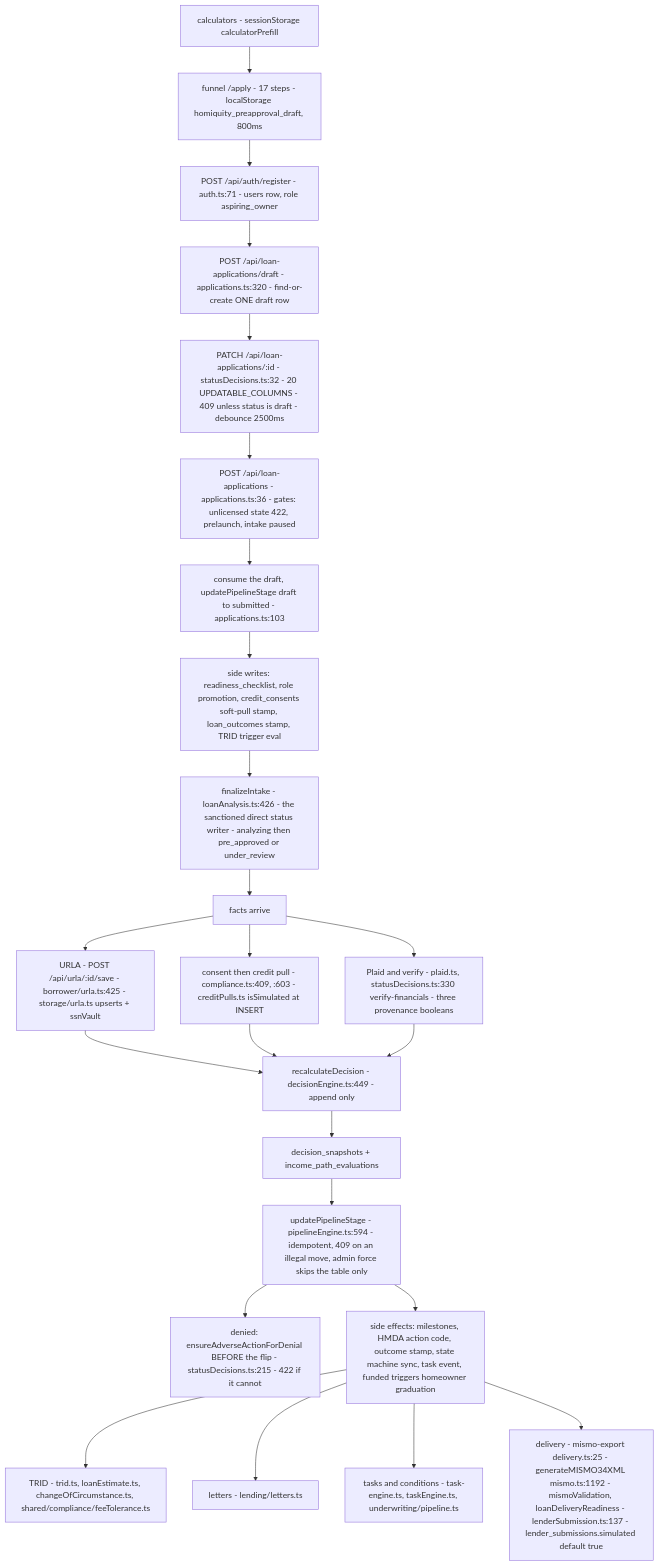
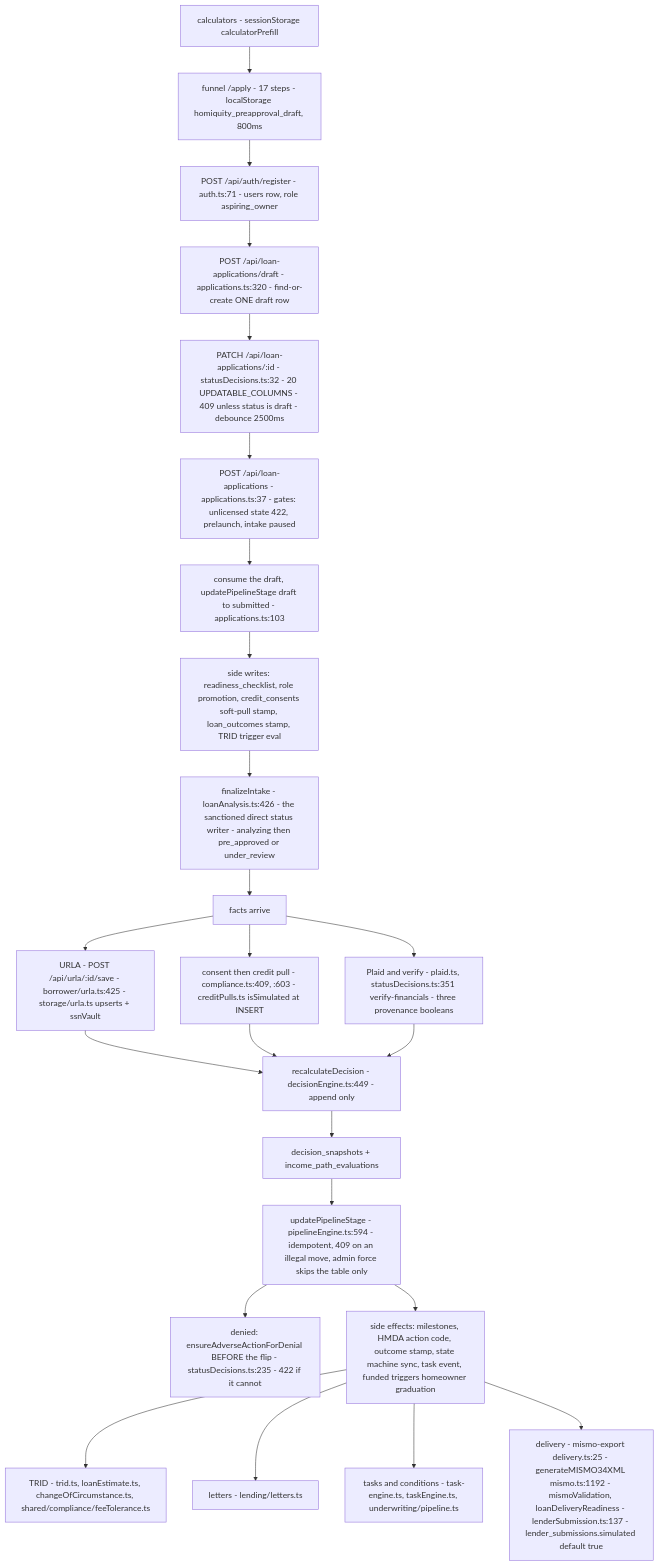
Before and after one commit to barakatammre84/Homiquity: the diagram in knowledge-base/handoff/04-data-flow-loan-journey.md, drawn with Mermaid. The commit also changed other lines of this file and 1 other file, not shown here.

First line of the commit message:
docs(handoff): verify chapters 04-06+11 @ 6377727e — absorb #667's line shifts in ch 04/05

````diff
--- a/knowledge-base/handoff/04-data-flow-loan-journey.md
+++ b/knowledge-base/handoff/04-data-flow-loan-journey.md
@@ -36,26 +36,26 @@
 ```mermaid
 flowchart TD
   A["calculators - sessionStorage calculatorPrefill"] --> B["funnel /apply - 17 steps - localStorage homiquity_preapproval_draft, 800ms"]
   B --> C["POST /api/auth/register - auth.ts:71 - users row, role aspiring_owner"]
   C --> D["POST /api/loan-applications/draft - applications.ts:320 - find-or-create ONE draft row"]
   D --> E["PATCH /api/loan-applications/:id - statusDecisions.ts:32 - 20 UPDATABLE_COLUMNS - 409 unless status is draft - debounce 2500ms"]
-  E --> F["POST /api/loan-applications - applications.ts:36 - gates: unlicensed state 422, prelaunch, intake paused"]
+  E --> F["POST /api/loan-applications - applications.ts:37 - gates: unlicensed state 422, prelaunch, intake paused"]
   F --> G["consume the draft, updatePipelineStage draft to submitted - applications.ts:103"]
   G --> H["side writes: readiness_checklist, role promotion, credit_consents soft-pull stamp, loan_outcomes stamp, TRID trigger eval"]
   H --> I["finalizeIntake - loanAnalysis.ts:426 - the sanctioned direct status writer - analyzing then pre_approved or under_review"]
   I --> J["facts arrive"]
   J --> K["URLA - POST /api/urla/:id/save - borrower/urla.ts:425 - storage/urla.ts upserts + ssnVault"]
   J --> L["consent then credit pull - compliance.ts:409, :603 - creditPulls.ts isSimulated at INSERT"]
-  J --> M["Plaid and verify - plaid.ts, statusDecisions.ts:330 verify-financials - three provenance booleans"]
+  J --> M["Plaid and verify - plaid.ts, statusDecisions.ts:351 verify-financials - three provenance booleans"]
   K --> N["recalculateDecision - decisionEngine.ts:449 - append only"]
   L --> N
   M --> N
   N --> O["decision_snapshots + income_path_evaluations"]
   O --> P["updatePipelineStage - pipelineEngine.ts:594 - idempotent, 409 on an illegal move, admin force skips the table only"]
-  P --> R["denied: ensureAdverseActionForDenial BEFORE the flip - statusDecisions.ts:215 - 422 if it cannot"]
+  P --> R["denied: ensureAdverseActionForDenial BEFORE the flip - statusDecisions.ts:235 - 422 if it cannot"]
   P --> Q["side effects: milestones, HMDA action code, outcome stamp, state machine sync, task event, funded triggers homeowner graduation"]
   Q --> S["TRID - trid.ts, loanEstimate.ts, changeOfCircumstance.ts, shared/compliance/feeTolerance.ts"]
   Q --> T["letters - lending/letters.ts"]
   Q --> U["tasks and conditions - task-engine.ts, taskEngine.ts, underwriting/pipeline.ts"]
   Q --> V["delivery - mismo-export delivery.ts:25 - generateMISMO34XML mismo.ts:1192 - mismoValidation, loanDeliveryReadiness - lenderSubmission.ts:137 - lender_submissions.simulated default true"]
 ```
````
